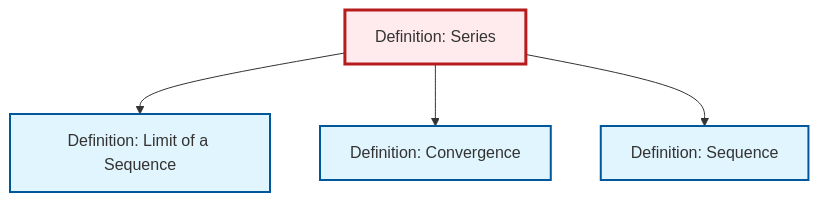
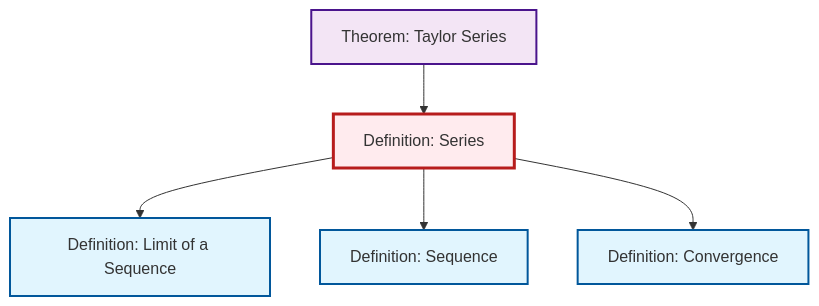
The diagram in content/ja/analysis/def-series.qmd (RK0429/ModernMath), drawn with Mermaid before and after one commit. The commit also changed 497 other files, not shown here.

````diff
--- a/content/ja/analysis/def-series.qmd
+++ b/content/ja/analysis/def-series.qmd
@@ -90,20 +90,23 @@
 ```{mermaid}
 %%| fig-cap: "Local dependency graph"
 graph TD
     classDef definition fill:#e1f5fe,stroke:#01579b,stroke-width:2px
     classDef theorem fill:#f3e5f5,stroke:#4a148c,stroke-width:2px
     classDef axiom fill:#fff3e0,stroke:#e65100,stroke-width:2px
     classDef example fill:#e8f5e9,stroke:#1b5e20,stroke-width:2px
     classDef current fill:#ffebee,stroke:#b71c1c,stroke-width:3px
+    def-limit["Definition: Limit of a Sequence"]:::definition
+    def-series["Definition: Series"]:::definition
     def-convergence["Definition: Convergence"]:::definition
-    def-series["Definition: Series"]:::definition
     def-sequence["Definition: Sequence"]:::definition
-    def-limit["Definition: Limit of a Sequence"]:::definition
+    thm-taylor-series["Theorem: Taylor Series"]:::theorem
     def-series --> def-limit
+    def-series --> def-sequence
+    thm-taylor-series --> def-series
     def-series --> def-convergence
-    def-series --> def-sequence
     class def-series current
+    click def-limit "def-limit.html" "Definition: Limit of a Sequenceへ"
     click def-convergence "def-convergence.html" "Definition: Convergenceへ"
     click def-sequence "def-sequence.html" "Definition: Sequenceへ"
-    click def-limit "def-limit.html" "Definition: Limit of a Sequenceへ"
+    click thm-taylor-series "thm-taylor-series.html" "Theorem: Taylor Seriesへ"
 ```
````
